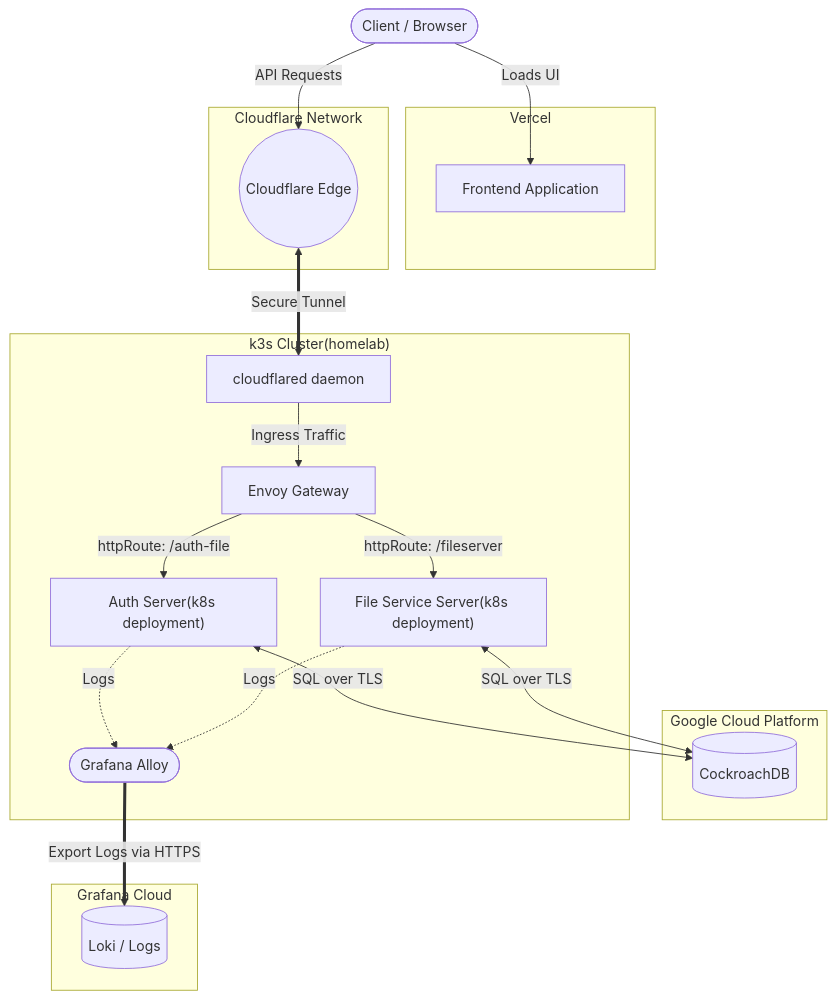
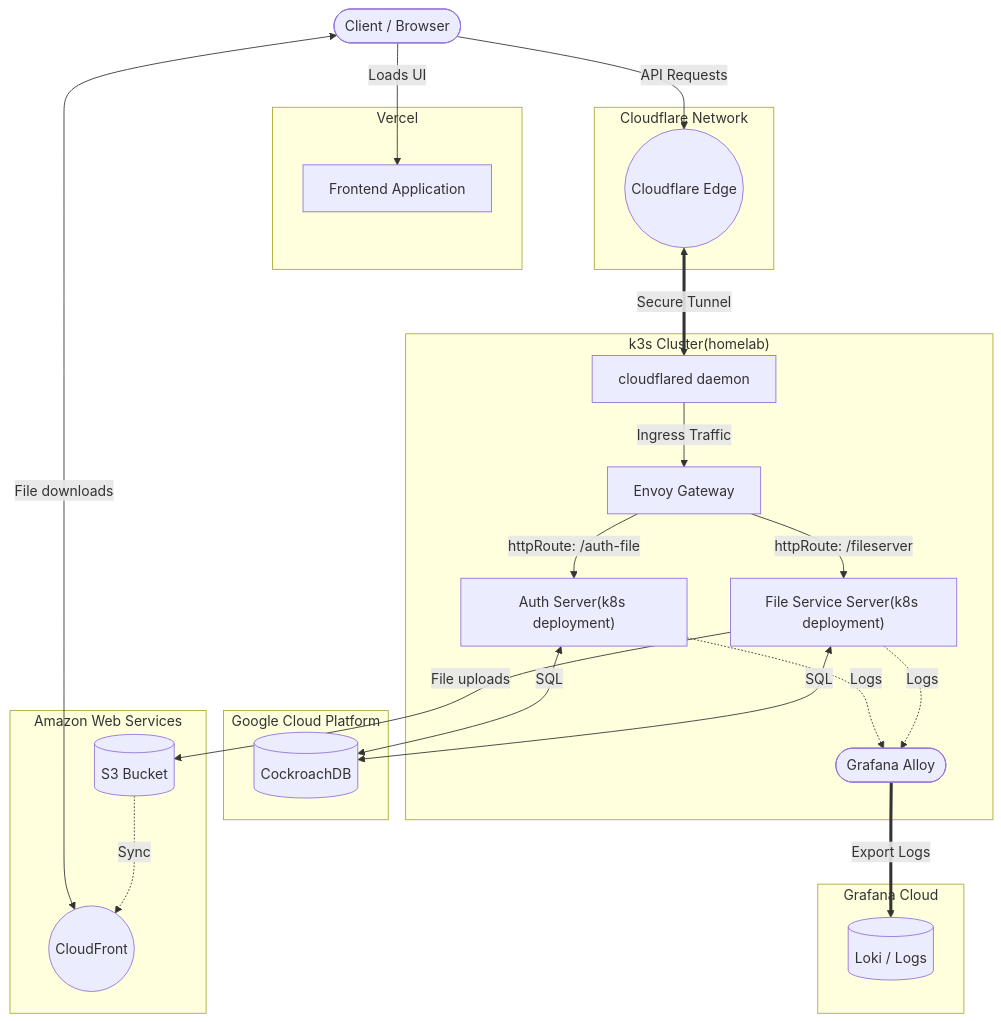
Before and after one commit to seaoferror/drive: the diagram in README.md, drawn with Mermaid.

Commit message:
docs: architecture update

````diff
--- a/README.md
+++ b/README.md
@@ -24,33 +24,40 @@
 ```mermaid
 flowchart TB
  subgraph Vercel_Env["Vercel"]
         Frontend["Frontend Application"]
   end
  subgraph CF_Env["Cloudflare Network"]
         Edge(("Cloudflare Edge"))
   end
  subgraph Grafana_Cloud["Grafana Cloud"]
         Loki[("Loki / Logs")]
   end
  subgraph GCP_Env["Google Cloud Platform"]
         Cockroach[("CockroachDB")]
   end
+ subgraph AWS_Env["Amazon Web Services"]
+        S3[("S3 Bucket")]
+        CloudFront(("CloudFront"))
+ end 
  subgraph K3s_Cluster["k3s Cluster(homelab)"]
         Cloudflared["cloudflared daemon"]
         Envoy["Envoy Gateway"]
         Auth["Auth Server(k8s deployment)"]
         FileSvc["File Service Server(k8s deployment)"]
         Alloy(["Grafana Alloy"])
   end
     Client(["Client / Browser"]) -- Loads UI --> Frontend
     Client -- API Requests --> Edge
+    Client <-- File downloads --> CloudFront
     Edge <== Secure Tunnel ==> Cloudflared
     Cloudflared -- Ingress Traffic --> Envoy
     Envoy -- httpRoute: /auth-file --> Auth
     Envoy -- httpRoute: /fileserver --> FileSvc
-    Auth <-- SQL over TLS --> Cockroach
-    FileSvc <-- SQL over TLS --> Cockroach
+    Auth <-- SQL --> Cockroach
+    FileSvc <-- SQL --> Cockroach
+    FileSvc -- File uploads --> S3
+    S3 -. Sync .-> CloudFront
     Auth -. Logs .-> Alloy
     FileSvc -. Logs .-> Alloy
-    Alloy == Export Logs via HTTPS ==> Loki
+    Alloy == Export Logs ==> Loki
 ```
````
